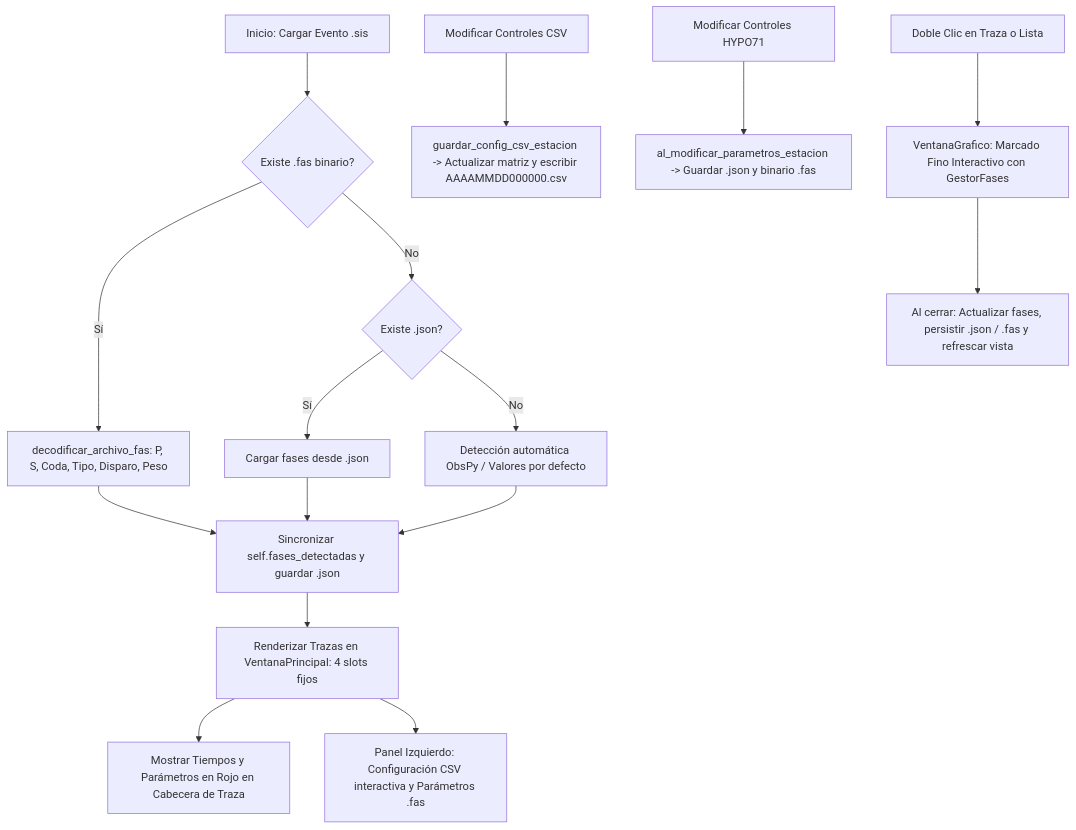
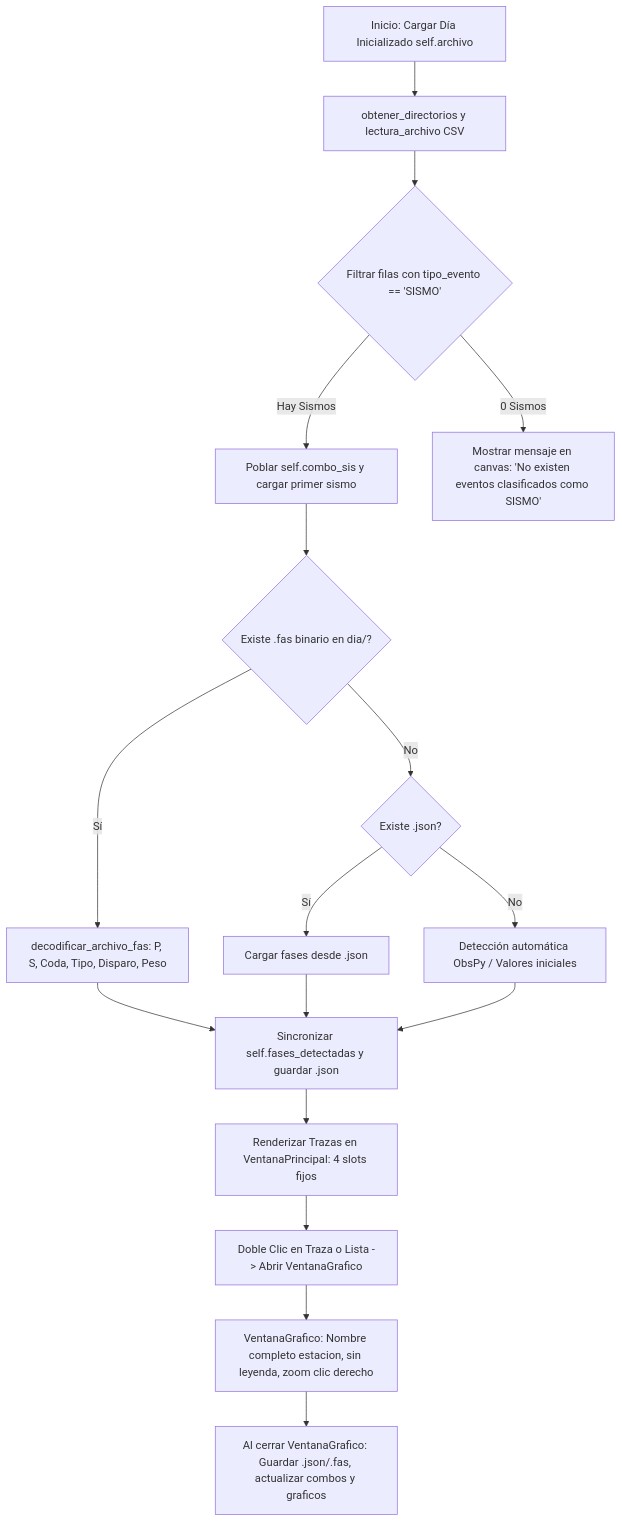
The diagram in src/subprogramas/fases_contx.md (RedSismicaAustro/rsa_sismologia), drawn with Mermaid before and after one commit. The commit also changed other lines of this file and 9 other files, not shown here.

````diff
--- a/src/subprogramas/fases_contx.md
+++ b/src/subprogramas/fases_contx.md
@@ -22,22 +22,22 @@
 ```mermaid
 graph TD
-    A[Inicio: Cargar Evento .sis] --> B{Existe .fas binario?}
-    B -- Sí --> C[decodificar_archivo_fas: P, S, Coda, Tipo, Disparo, Peso]
-    B -- No --> D{Existe .json?}
-    D -- Sí --> E[Cargar fases desde .json]
-    D -- No --> F[Detección automática ObsPy / Valores por defecto]
+    A[Inicio: Cargar Día Inicializado self.archivo] --> B[obtener_directorios y lectura_archivo CSV]
+    B --> C{Filtrar filas con tipo_evento == 'SISMO'}
+    C -- Hay Sismos --> D[Poblar self.combo_sis y cargar primer sismo]
+    C -- 0 Sismos --> E[Mostrar mensaje en canvas: 'No existen eventos clasificados como SISMO']
     
-    C --> G[Sincronizar self.fases_detectadas y guardar .json]
-    E --> G
-    F --> G
+    D --> F{Existe .fas binario en dia/?}
+    F -- Sí --> G[decodificar_archivo_fas: P, S, Coda, Tipo, Disparo, Peso]
+    F -- No --> H{Existe .json?}
+    H -- Sí --> I[Cargar fases desde .json]
+    H -- No --> J[Detección automática ObsPy / Valores iniciales]
     
-    G --> H[Renderizar Trazas en VentanaPrincipal: 4 slots fijos]
-    H --> I[Mostrar Tiempos y Parámetros en Rojo en Cabecera de Traza]
-    H --> J[Panel Izquierdo: Configuración CSV interactiva y Parámetros .fas]
+    G --> K[Sincronizar self.fases_detectadas y guardar .json]
+    I --> K
+    J --> K
     
-    K[Modificar Controles CSV] --> L[guardar_config_csv_estacion -> Actualizar matriz y escribir AAAAMMDD000000.csv]
-    M[Modificar Controles HYPO71] --> N[al_modificar_parametros_estacion -> Guardar .json y binario .fas]
-    
-    O[Doble Clic en Traza o Lista] --> P[VentanaGrafico: Marcado Fino Interactivo con GestorFases]
-    P --> Q[Al cerrar: Actualizar fases, persistir .json / .fas y refrescar vista]
+    K --> L[Renderizar Trazas en VentanaPrincipal: 4 slots fijos]
+    L --> M[Doble Clic en Traza o Lista -> Abrir VentanaGrafico]
+    M --> N[VentanaGrafico: Nombre completo estacion, sin leyenda, zoom clic derecho]
+    N --> O[Al cerrar VentanaGrafico: Guardar .json/.fas, actualizar combos y graficos]
 ```
````
